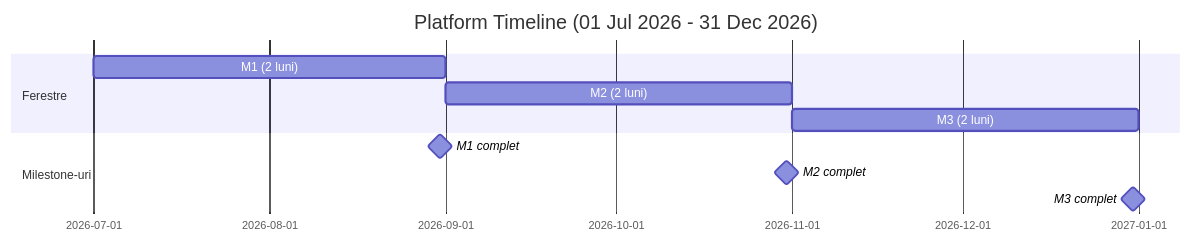
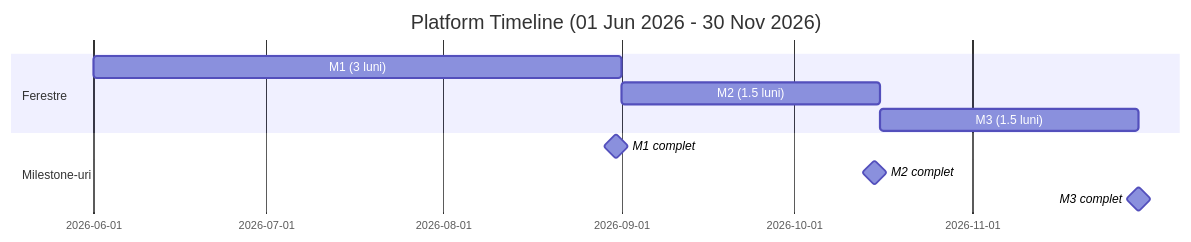
The diagram in 08-estimari-platforma.md (Novelty-SfW/novelty_ssm_docu), drawn with Mermaid before and after one commit. The commit also changed other lines of this file and 2 other files, not shown here.

````diff
--- a/08-estimari-platforma.md
+++ b/08-estimari-platforma.md
@@ -137,15 +144,15 @@
 ```mermaid
 gantt
-  title Platform Timeline (01 Jul 2026 - 31 Dec 2026)
+  title Platform Timeline (01 Jun 2026 - 30 Nov 2026)
   dateFormat YYYY-MM-DD
 
   section Ferestre
-  M1 (2 luni)    :m1win, 2026-07-01, 62d
-  M2 (2 luni)    :m2win, 2026-09-01, 61d
-  M3 (2 luni)    :m3win, 2026-11-01, 61d
+  M1 (3 luni)      :m1win, 2026-06-01, 92d
+  M2 (1.5 luni)    :m2win, 2026-09-01, 45d
+  M3 (1.5 luni)    :m3win, 2026-10-16, 45d
 
   section Milestone-uri
   M1 complet     :milestone, m1, 2026-08-31, 0d
-  M2 complet     :milestone, m2, 2026-10-31, 0d
-  M3 complet     :milestone, m3, 2026-12-31, 0d
+  M2 complet     :milestone, m2, 2026-10-15, 0d
+  M3 complet     :milestone, m3, 2026-11-30, 0d
 ```
````
